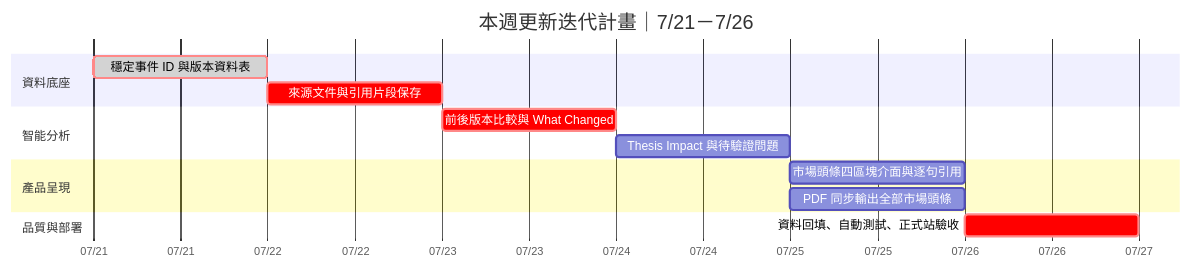
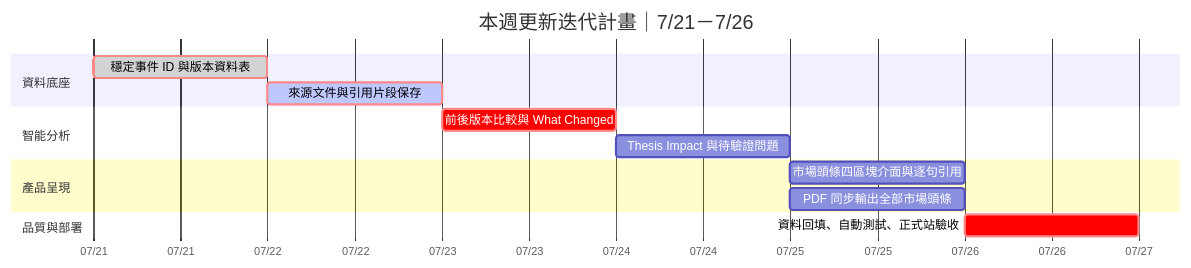
The diagram in docs/tasks/2026-07-21-07-26-auditable-daily-brief.md (kk1030-bit/analystarena-daily-intelligence), drawn with Mermaid before and after one commit. The commit also changed other lines of this file, not shown here.

````diff
--- a/docs/tasks/2026-07-21-07-26-auditable-daily-brief.md
+++ b/docs/tasks/2026-07-21-07-26-auditable-daily-brief.md
@@ -24,21 +24,21 @@
 ```mermaid
 gantt
     title 本週更新迭代計畫｜7/21－7/26
     dateFormat YYYY-MM-DD
     axisFormat %m/%d
 
     section 資料底座
     穩定事件 ID 與版本資料表       :crit, done, a1, 2026-07-21, 1d
-    來源文件與引用片段保存          :crit, a2, after a1, 1d
+    來源文件與引用片段保存          :crit, active, a2, after a1, 1d
 
     section 智能分析
     前後版本比較與 What Changed     :crit, a3, after a2, 1d
     Thesis Impact 與待驗證問題       :a4, after a3, 1d
 
     section 產品呈現
     市場頭條四區塊介面與逐句引用    :a5, after a4, 1d
     PDF 同步輸出全部市場頭條         :a6, after a4, 1d
 
     section 品質與部署
     資料回填、自動測試、正式站驗收   :crit, a7, after a5, 1d
 ```
````
